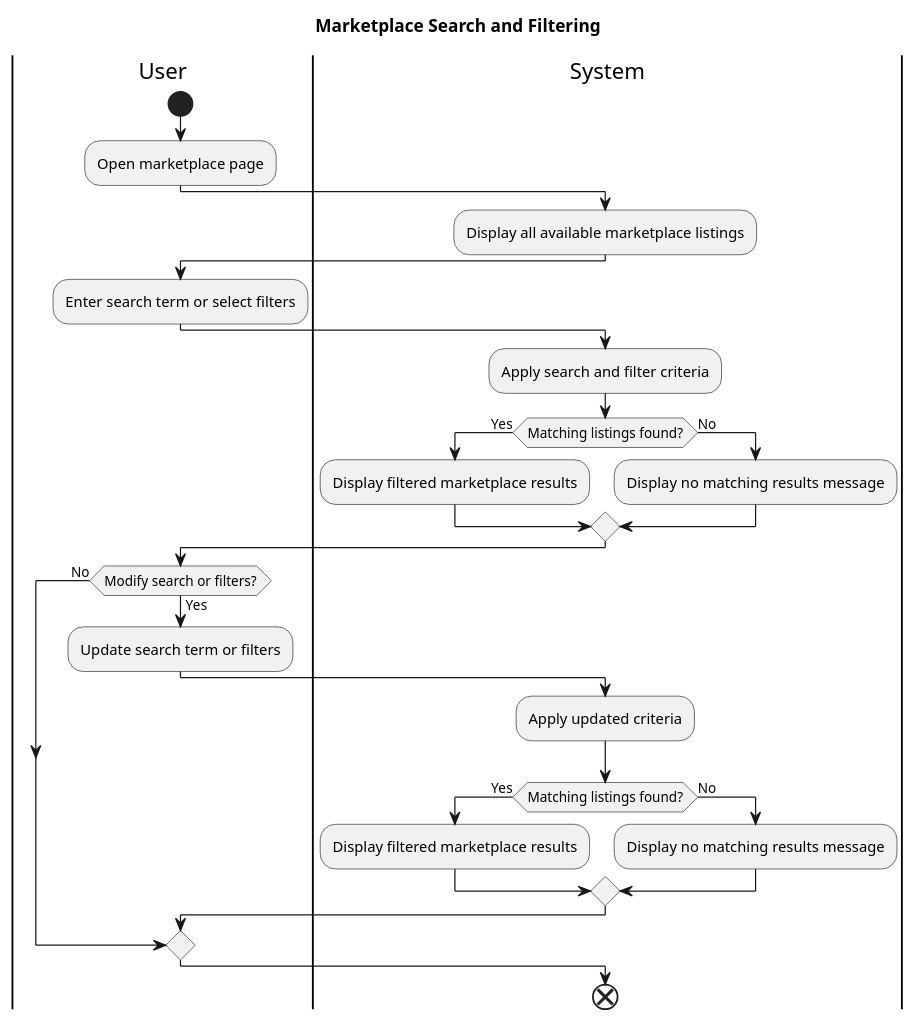
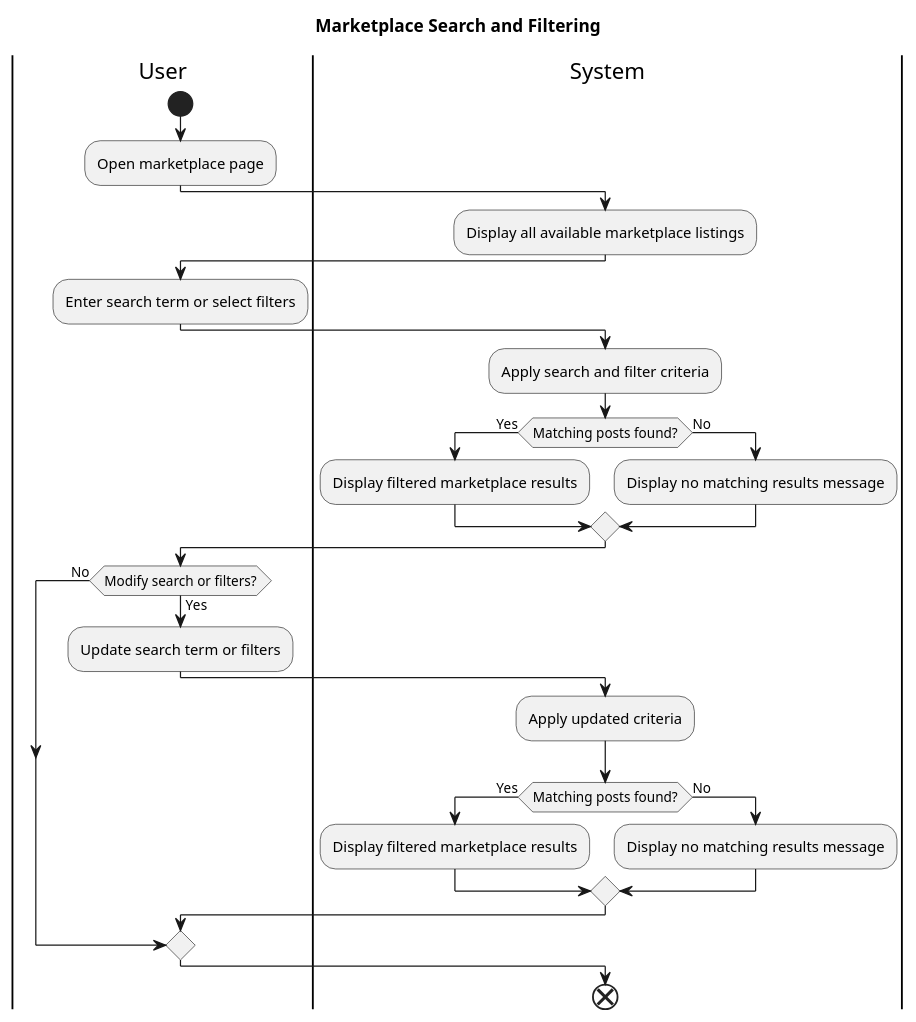
One commit to JanPerez35/PlantUML changed the diagram in activityDiagrams/Marketplace Search and Filtering.puml. Above: the diagram before and after it, drawn with PlantUML. The commit also changed 5 other files, not shown here.

Commit message:
Fixed naming on Case and Activity Diagrams

```diff
--- a/activityDiagrams/Marketplace Search and Filtering.puml
+++ b/activityDiagrams/Marketplace Search and Filtering.puml
@@ -1,37 +1,37 @@
 @startuml
 title Marketplace Search and Filtering
 
 |User|
 start
 :Open marketplace page;
 
 |System|
 :Display all available marketplace listings;
 
 |User|
 :Enter search term or select filters;
 
 |System|
 :Apply search and filter criteria;
 
-if (Matching listings found?) then (Yes)
+if (Matching posts found?) then (Yes)
   :Display filtered marketplace results;
 else (No)
   :Display no matching results message;
 endif
 
 |User|
 if (Modify search or filters?) then (Yes)
   :Update search term or filters;
   |System|
   :Apply updated criteria;
-  if (Matching listings found?) then (Yes)
+  if (Matching posts found?) then (Yes)
     :Display filtered marketplace results;
   else (No)
     :Display no matching results message;
   endif
 else (No)
 endif
 
 end
 @enduml
```
